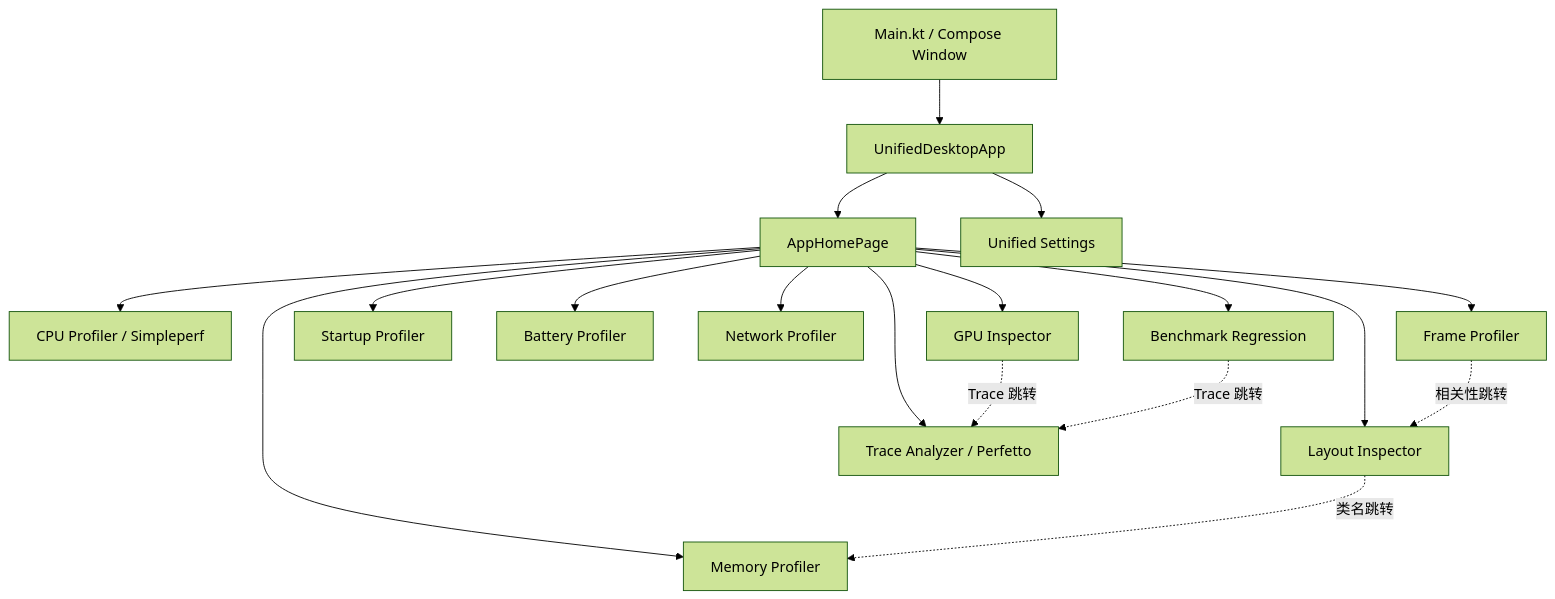
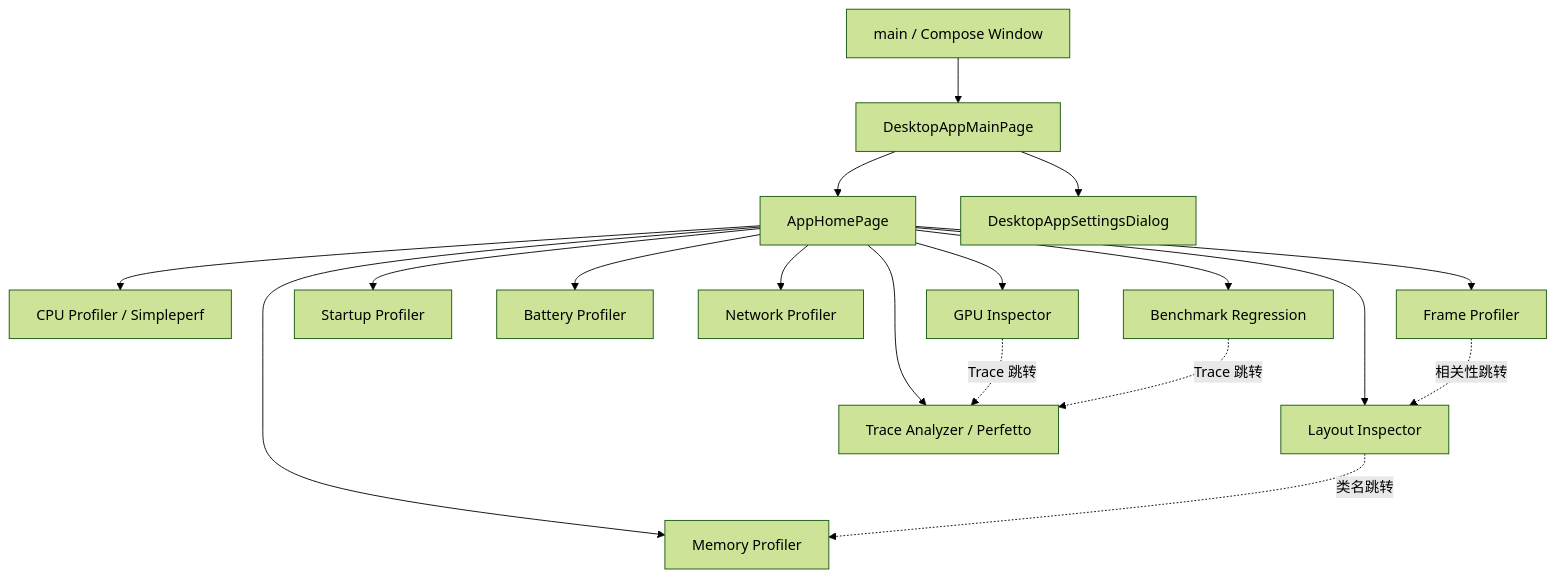
The diagram in docs/ui-layout-code-map.md (yuchuangu85/AndroidPerformanceStudio), drawn with Mermaid (forest theme) before and after one commit. The commit also changed other lines of this file and 76 other files, not shown here.

````diff
--- a/docs/ui-layout-code-map.md
+++ b/docs/ui-layout-code-map.md
@@ -19,20 +24,20 @@
 ```mermaid
 flowchart TD
-    Main["Main.kt / Compose Window"] --> Shell["UnifiedDesktopApp"]
+    Main["main / Compose Window"] --> Shell["DesktopAppMainPage"]
     Shell --> Home["AppHomePage"]
     Home --> Layout["Layout Inspector"]
     Home --> Cpu["CPU Profiler / Simpleperf"]
     Home --> Perfetto["Trace Analyzer / Perfetto"]
     Home --> Memory["Memory Profiler"]
     Home --> Frame["Frame Profiler"]
     Home --> Startup["Startup Profiler"]
     Home --> Battery["Battery Profiler"]
     Home --> Network["Network Profiler"]
     Home --> Gpu["GPU Inspector"]
     Home --> Benchmark["Benchmark Regression"]
     Frame -.相关性跳转.-> Layout
     Layout -.类名跳转.-> Memory
     Gpu -.Trace 跳转.-> Perfetto
     Benchmark -.Trace 跳转.-> Perfetto
-    Shell --> Settings["Unified Settings"]
+    Shell --> Settings["DesktopAppSettingsDialog"]
 ```
````
